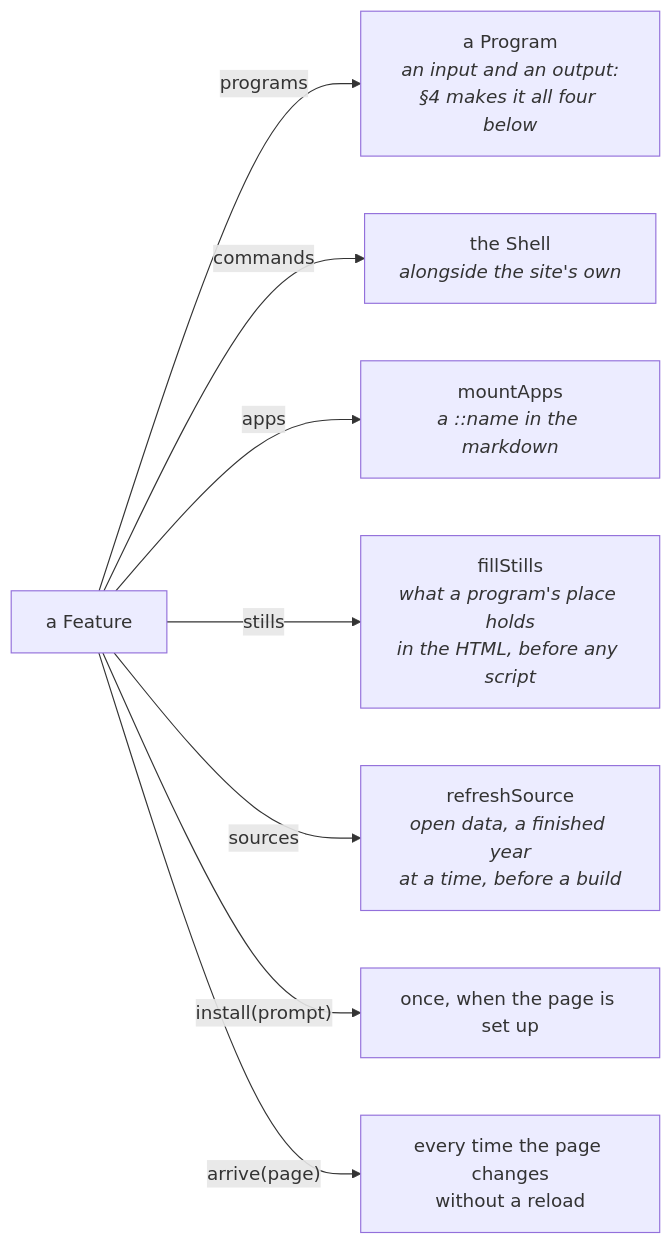
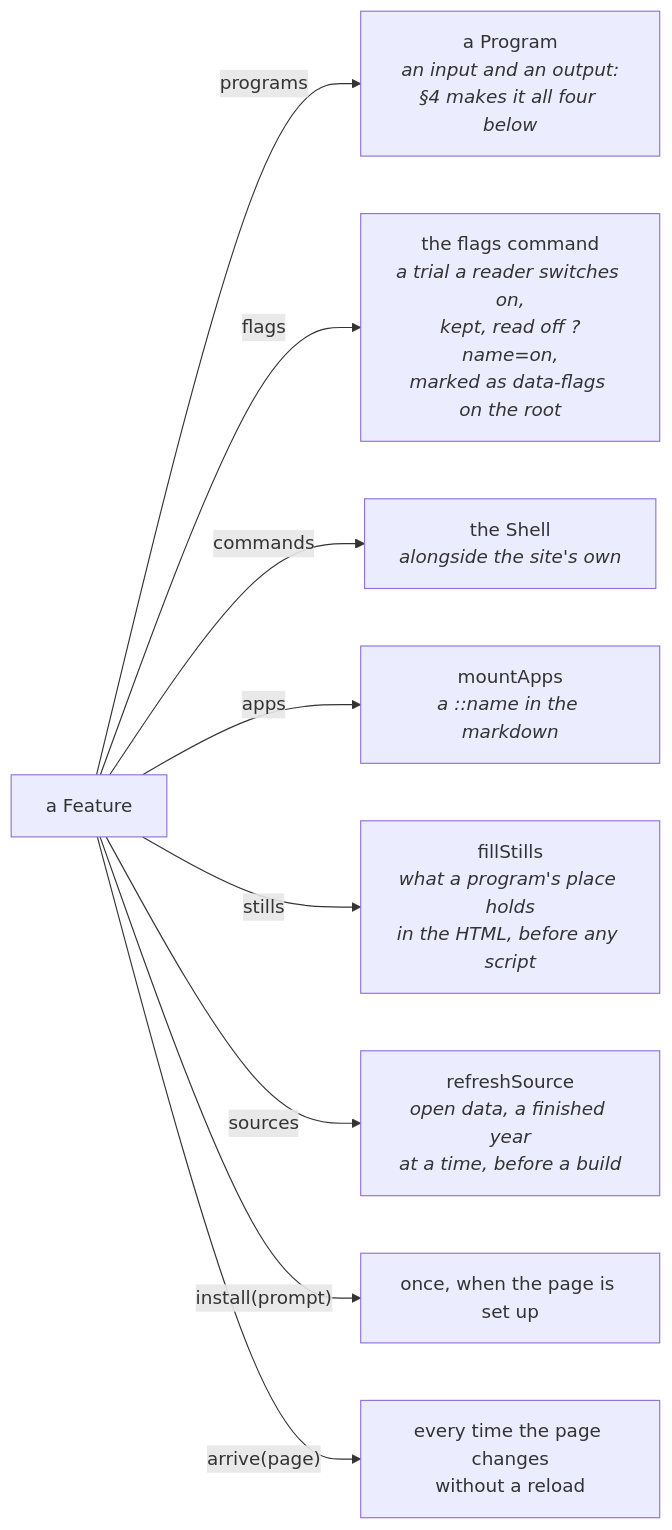
One commit to drpicox/david-rodenas.com changed the third of 8 diagrams in ARCHITECTURE.md. Above: the diagram before and after it, drawn with Mermaid. The commit also changed other lines of this file and 21 other files, not shown here.

Commit message:
Flags are the frame's: a feature declares a trial, and flags lists them all with a switch each, a link turns one on with ?name=on, the choice is kept and marked on the root before paint. The portfolio is the first, and is now only a flag and its stylesheet

````diff
--- a/ARCHITECTURE.md
+++ b/ARCHITECTURE.md
@@ -80,12 +80,13 @@
 ```mermaid
 graph LR
   feature["a Feature"]
 
   feature -- "programs" --> programs["a Program<br/><i>an input and an output:<br/>§4 makes it all four below</i>"]
+  feature -- "flags" --> flags["the flags command<br/><i>a trial a reader switches on,<br/>kept, read off ?name=on,<br/>marked as data-flags on the root</i>"]
   feature -- "commands" --> shell["the Shell<br/><i>alongside the site's own</i>"]
   feature -- "apps" --> apps["mountApps<br/><i>a ::name in the markdown</i>"]
   feature -- "stills" --> stills["fillStills<br/><i>what a program's place holds<br/>in the HTML, before any script</i>"]
   feature -- "sources" --> sources["refreshSource<br/><i>open data, a finished year<br/>at a time, before a build</i>"]
   feature -- "install(prompt)" --> once["once, when the page is set up"]
   feature -- "arrive(page)" --> moved["every time the page changes<br/>without a reload"]
 ```
````
